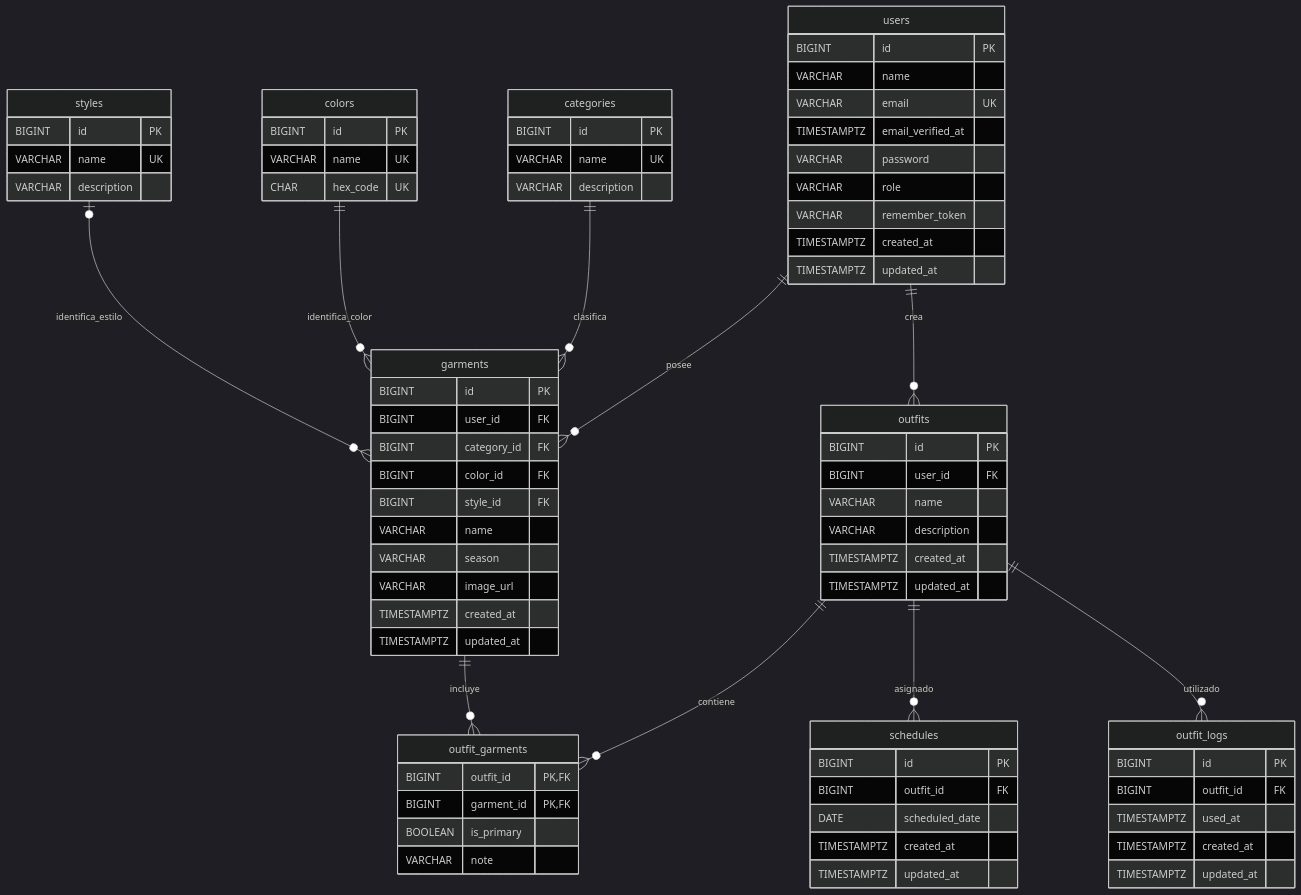
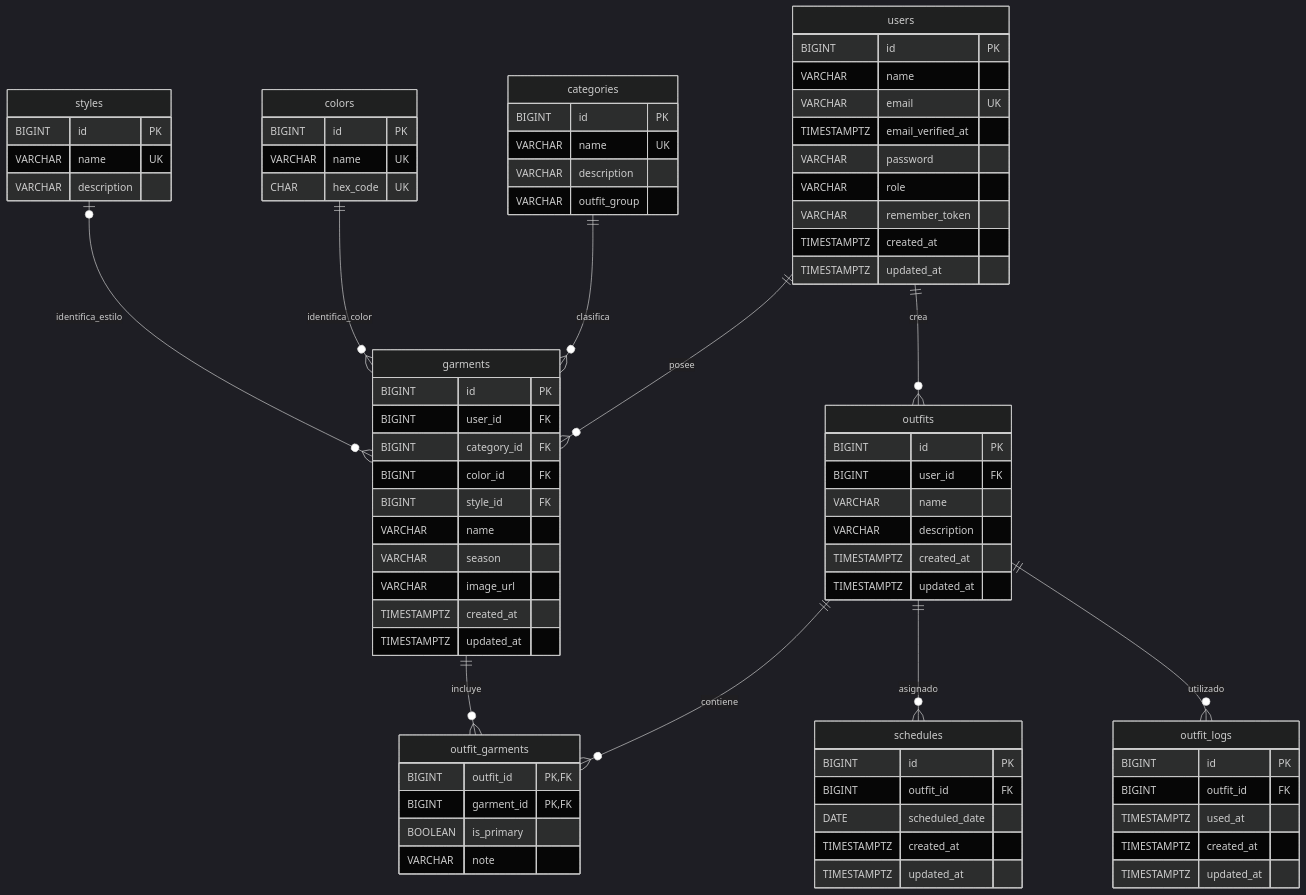
The diagram in docs/der.md (SaraArniella27143/daw-proyecto-smartstylist), drawn with Mermaid (dark theme) before and after one commit. The commit also changed 15 other files, not shown here.

```diff
--- a/docs/der.md
+++ b/docs/der.md
@@ -30,6 +30,7 @@
         BIGINT id PK
         VARCHAR name UK
         VARCHAR description
+        VARCHAR outfit_group
     }
 
     colors {
```
